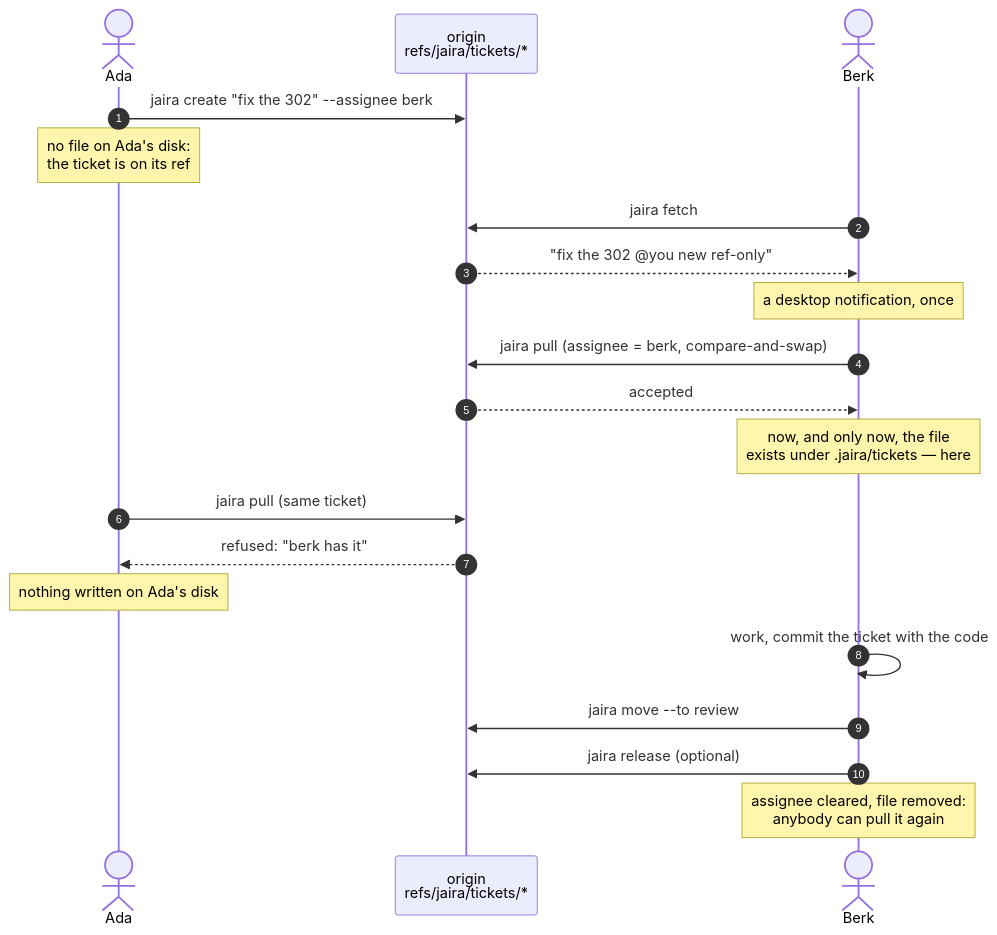
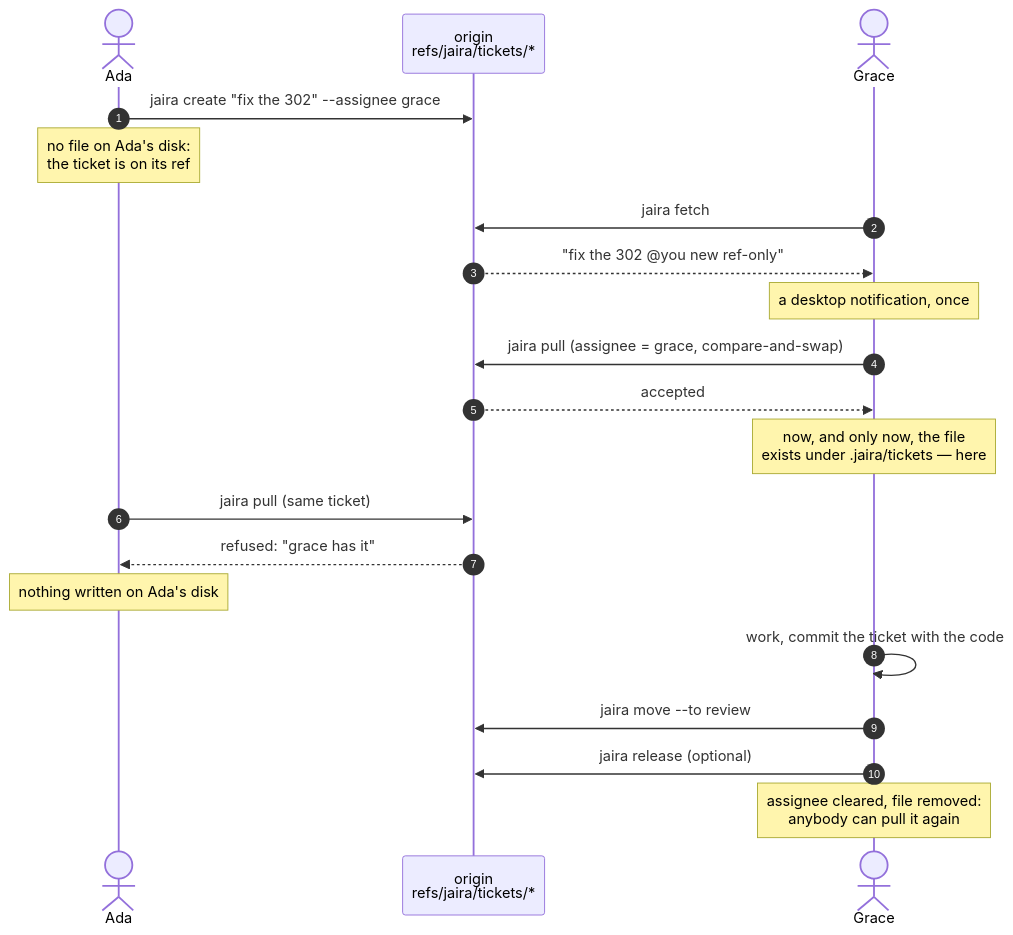
The diagram in README.md (sashasoft90/jaira), drawn with Mermaid before and after one commit. The commit also changed 11 other files, not shown here.

````diff
--- a/README.md
+++ b/README.md
@@ -359,23 +359,23 @@
 ```mermaid
 sequenceDiagram
     autonumber
     actor A as Ada
     participant R as origin<br/>refs/jaira/tickets/*
-    actor B as Berk
+    actor B as Grace
 
-    A->>R: jaira create "fix the 302" --assignee berk
+    A->>R: jaira create "fix the 302" --assignee grace
     Note over A: no file on Ada's disk:<br/>the ticket is on its ref
     B->>R: jaira fetch
     R-->>B: "fix the 302  @you new ref-only"
     Note over B: a desktop notification, once
-    B->>R: jaira pull  (assignee = berk, compare-and-swap)
+    B->>R: jaira pull  (assignee = grace, compare-and-swap)
     R-->>B: accepted
     Note over B: now, and only now, the file<br/>exists under .jaira/tickets — here
     A->>R: jaira pull  (same ticket)
-    R-->>A: refused: "berk has it"
+    R-->>A: refused: "grace has it"
     Note over A: nothing written on Ada's disk
     B->>B: work, commit the ticket with the code
     B->>R: jaira move --to review
     B->>R: jaira release  (optional)
     Note over B: assignee cleared, file removed:<br/>anybody can pull it again
 ```
````
